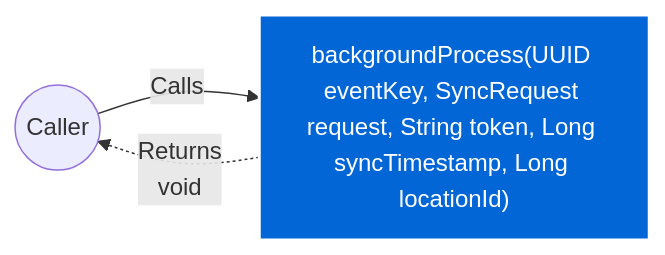
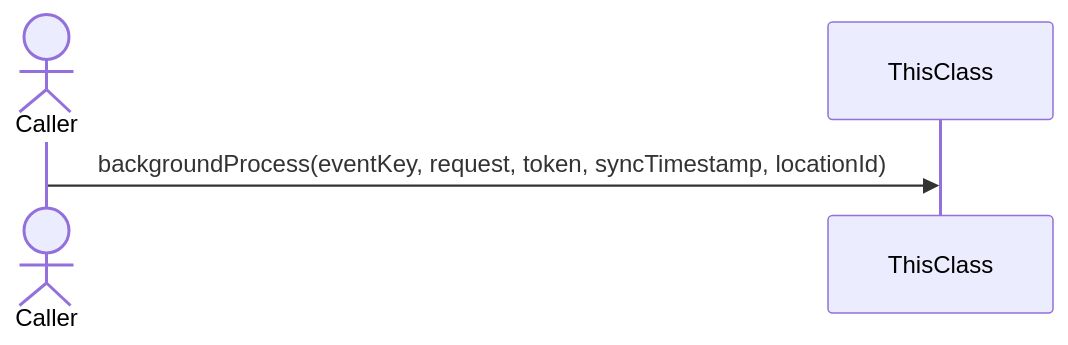
The seventh of 16 diagrams in docs/CloudSyncUploadService.md (FelipeMCassiano/geanky), drawn with Mermaid before and after one commit. The commit also changed other lines of this file and 9 other files, not shown here.

````diff
--- a/docs/CloudSyncUploadService.md
+++ b/docs/CloudSyncUploadService.md
@@ -552,9 +527,8 @@
 ```mermaid
-flowchart LR
-    classDef methodNode fill:#0366d6,stroke:#fff,stroke-width:2px,color:#fff;
-    Caller(("Caller"))
-    Method["backgroundProcess(UUID eventKey, SyncRequest request, String token, Long syncTimestamp, Long locationId)"]:::methodNode
+sequenceDiagram
+    actor Caller
+    participant ThisClass
 
-    Caller -- "Calls" --> Method
-    Method -. "Returns<br>void" .-> Caller
+    Caller->>ThisClass: backgroundProcess(eventKey, request, token, syncTimestamp, locationId)
+
 ```
````
